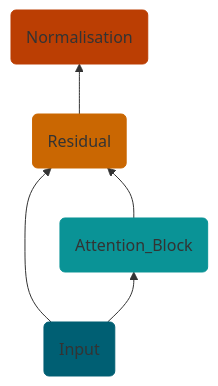
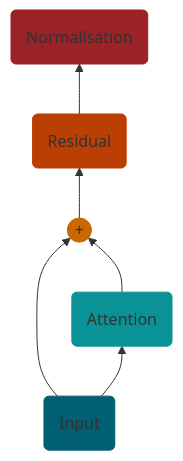
The first of 3 diagrams in README.md (bl0nder/makespeare), drawn with Mermaid before and after one commit. The commit also changed other lines of this file, not shown here.

````diff
--- a/README.md
+++ b/README.md
@@ -94,11 +94,13 @@
 ```mermaid
 graph BT;
-id1(Input) --> id2(Attention_Block)
-id1(Input) --> id3(Residual)
-id2(Attention_Block) --> id3(Residual)
-id3(Residual) --> id4(Normalisation)
+id1(Input) --> id2(Attention)
+id1(Input) --> id3((+))
+id2(Attention) --> id3((+))
+id3((+)) --> id4(Residual)
+id4(Residual) --> id5(Normalisation)
 style id1 fill:#005f73, stroke:#005f73
 style id2 fill:#0a9396, stroke:#0a9396
 style id3 fill:#ca6702, stroke:#ca6702
 style id4 fill:#bb3e03, stroke:#bb3e03
+style id5 fill:#9b2226, stroke:#9b2226
 ```
````
